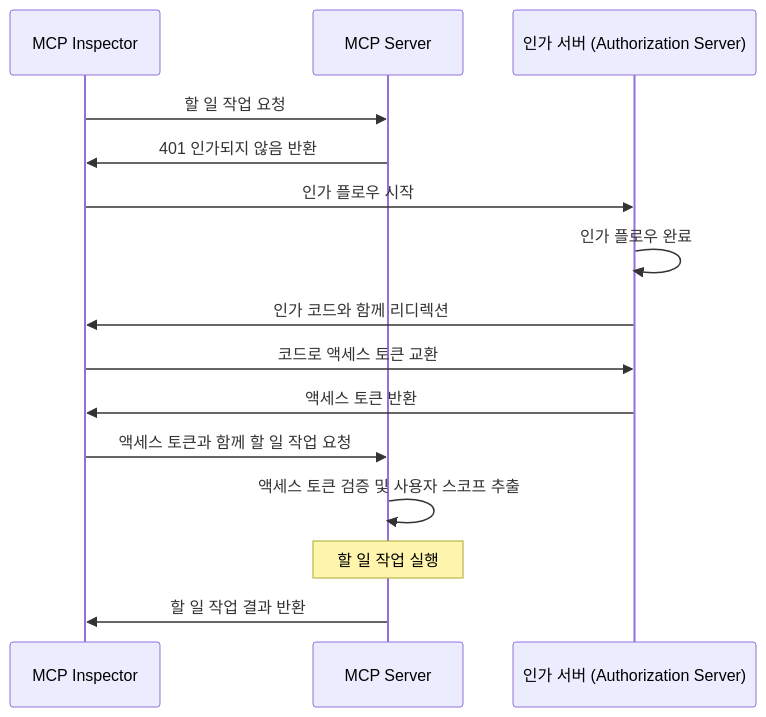
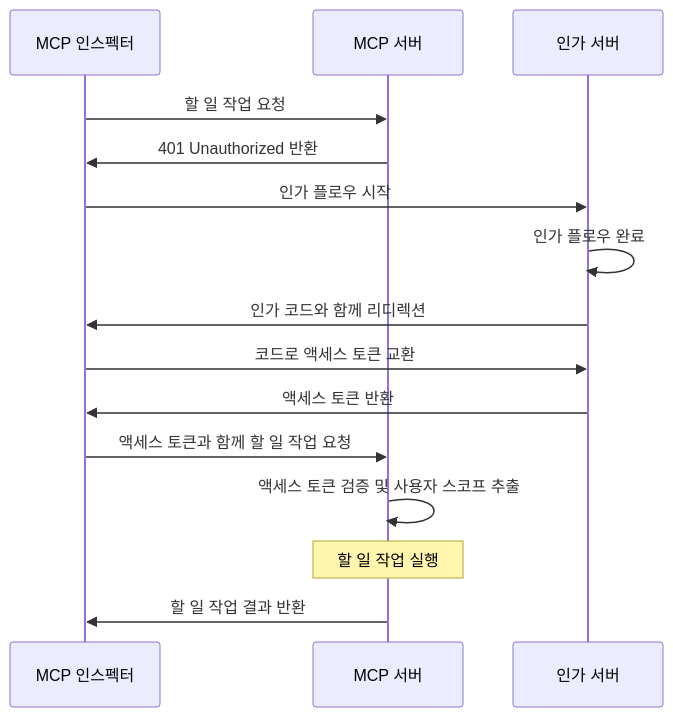
Before and after one commit to mcp-auth/docs: the first of 2 diagrams in i18n/ko/docusaurus-plugin-content-docs/current/tutorials/todo-manager/README.mdx, drawn with Mermaid. The commit also changed other lines of this file and 17 other files, not shown here.

````diff
--- a/i18n/ko/docusaurus-plugin-content-docs/current/tutorials/todo-manager/README.mdx
+++ b/i18n/ko/docusaurus-plugin-content-docs/current/tutorials/todo-manager/README.mdx
@@ -35,18 +35,18 @@
 ```mermaid
 sequenceDiagram
-    participant Client as MCP Inspector
-    participant Server as MCP Server
-    participant Auth as 인가 서버 (Authorization Server)
+    participant Client as MCP 인스펙터
+    participant Server as MCP 서버
+    participant Auth as 인가 서버
 
     Client->>Server: 할 일 작업 요청
-    Server->>Client: 401 인가되지 않음 반환
+    Server->>Client: 401 Unauthorized 반환
     Client->>Auth: 인가 플로우 시작
     Auth->>Auth: 인가 플로우 완료
     Auth->>Client: 인가 코드와 함께 리디렉션
     Client->>Auth: 코드로 액세스 토큰 교환
     Auth->>Client: 액세스 토큰 반환
     Client->>Server: 액세스 토큰과 함께 할 일 작업 요청
     Server->>Server: 액세스 토큰 검증 및 사용자 스코프 추출
     Note over Server: 할 일 작업 실행
     Server->>Client: 할 일 작업 결과 반환
 ```
````
